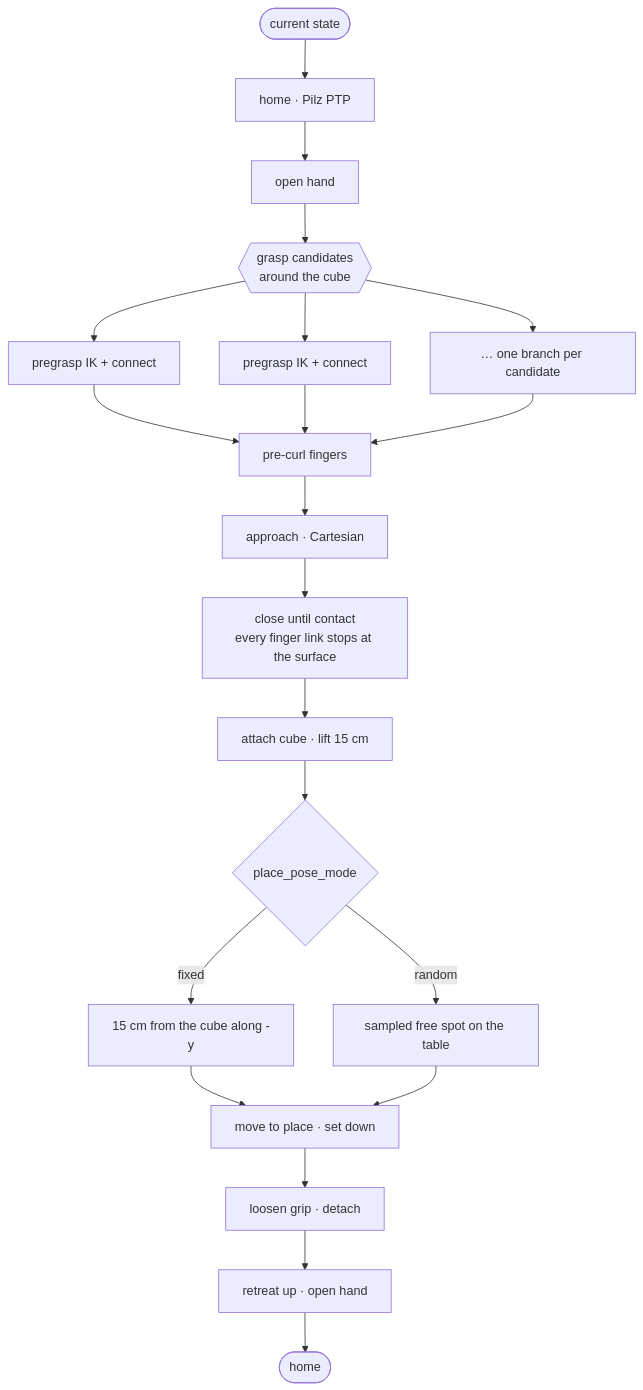
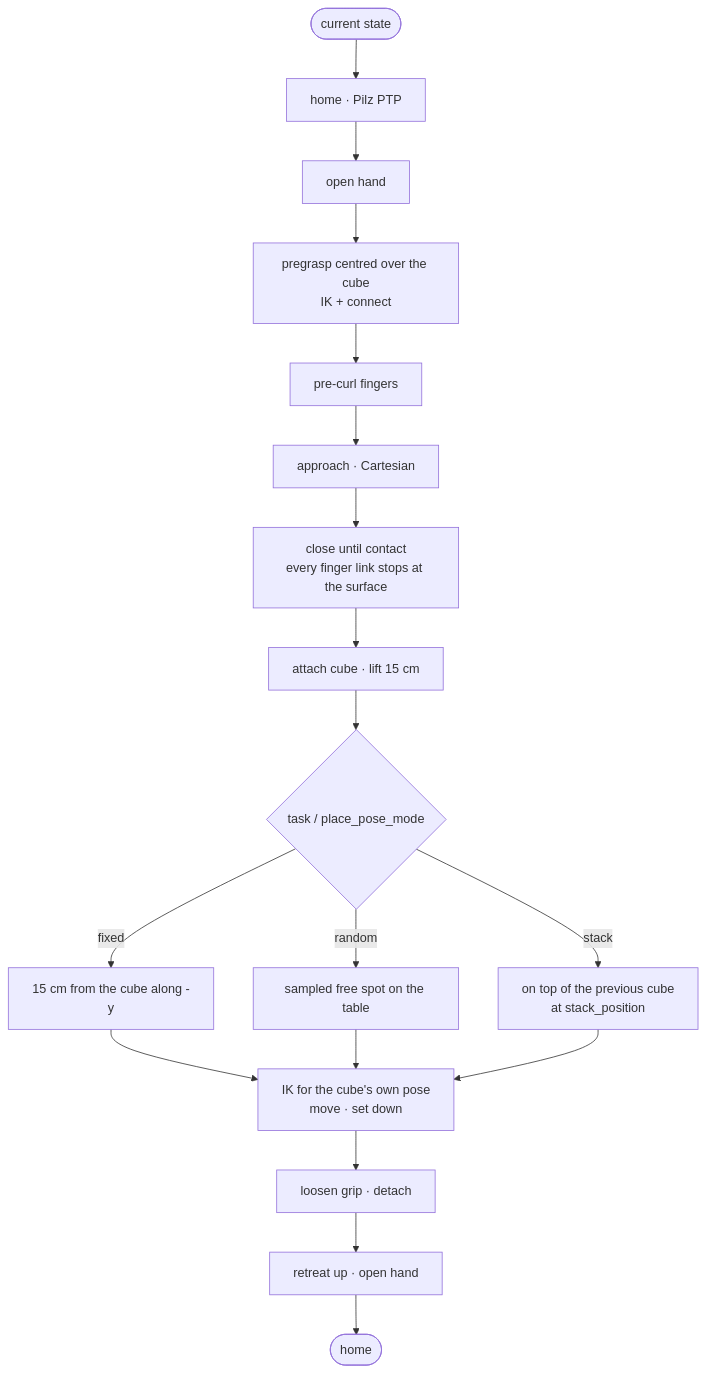
The third of 5 diagrams in README.md (ookkshirsagar/moveit-mtc-pick-and-place), drawn with Mermaid before and after one commit. The commit also changed other lines of this file and 21 other files, not shown here.

First line of the commit message:
Add stacking, a centred grasp for both hands, a config file and tests

````diff
--- a/README.md
+++ b/README.md
@@ -206,20 +238,18 @@
 ```mermaid
 flowchart TD
     A([current state]) --> B[home · Pilz PTP]
     B --> C[open hand]
-    C --> D{{"grasp candidates<br/>around the cube"}}
-    D --> E1[pregrasp IK + connect]
-    D --> E2[pregrasp IK + connect]
-    D --> E3[" … one branch per candidate"]
-    E1 & E2 & E3 --> PC[pre-curl fingers]
+    C --> D["pregrasp centred over the cube<br/>IK + connect"]
+    D --> PC[pre-curl fingers]
     PC --> F[approach · Cartesian]
     F --> G["close until contact<br/>every finger link stops at the surface"]
     G --> H[attach cube · lift 15 cm]
-    H --> P{place_pose_mode}
+    H --> P{task / place_pose_mode}
     P -- fixed --> P1[15 cm from the cube along -y]
     P -- random --> P2[sampled free spot on the table]
-    P1 & P2 --> I[move to place · set down]
+    P -- stack --> P3["on top of the previous cube<br/>at stack_position"]
+    P1 & P2 & P3 --> I["IK for the cube's own pose<br/>move · set down"]
     I --> J[loosen grip · detach]
     J --> R[retreat up · open hand]
     R --> K([home])
 ```
````
